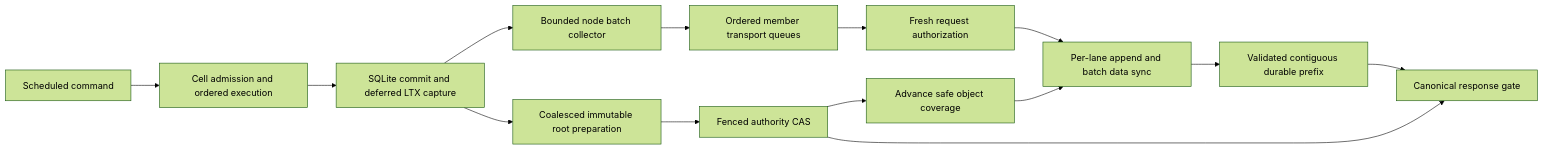
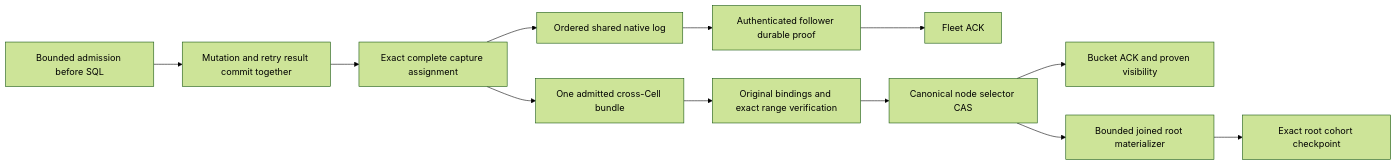
The diagram in crates/cellule-runtime/docs/write-performance-design.md (crabbuild/cellule), drawn with Mermaid (forest theme) before and after one commit. The commit also changed other lines of this file and 255 other files, not shown here.

Commit message:
Share verified Cell publication and pipeline native replication (#67)

````diff
--- a/crates/cellule-runtime/docs/write-performance-design.md
+++ b/crates/cellule-runtime/docs/write-performance-design.md
@@ -253,16 +163,14 @@
 ```mermaid
 flowchart LR
-    Arrival[Scheduled command] --> Actor[Cell admission and ordered execution]
-    Actor --> SQL[SQLite commit and deferred LTX capture]
-    SQL --> Batch[Bounded node batch collector]
-    Batch --> Lane[Ordered member transport queues]
-    Lane --> Auth[Fresh request authorization]
-    Auth --> Disk[Per-lane append and batch data sync]
-    Disk --> Prefix[Validated contiguous durable prefix]
-    Prefix --> Gate[Canonical response gate]
-    SQL --> Roots[Coalesced immutable root preparation]
-    Roots --> CAS[Fenced authority CAS]
-    CAS --> Gate
-    CAS --> Coverage[Advance safe object coverage]
-    Coverage --> Disk
+    A[Bounded admission before SQL] --> B[Mutation and retry result commit together]
+    B --> C[Exact complete capture assignment]
+    C --> D[Ordered shared native log]
+    D --> E[Authenticated follower durable proof]
+    E --> F[Fleet ACK]
+    C --> G[One admitted cross-Cell bundle]
+    G --> H[Original bindings and exact range verification]
+    H --> I[Canonical node selector CAS]
+    I --> J[Bucket ACK and proven visibility]
+    I --> K[Bounded joined root materializer]
+    K --> L[Exact root cohort checkpoint]
 ```
````
